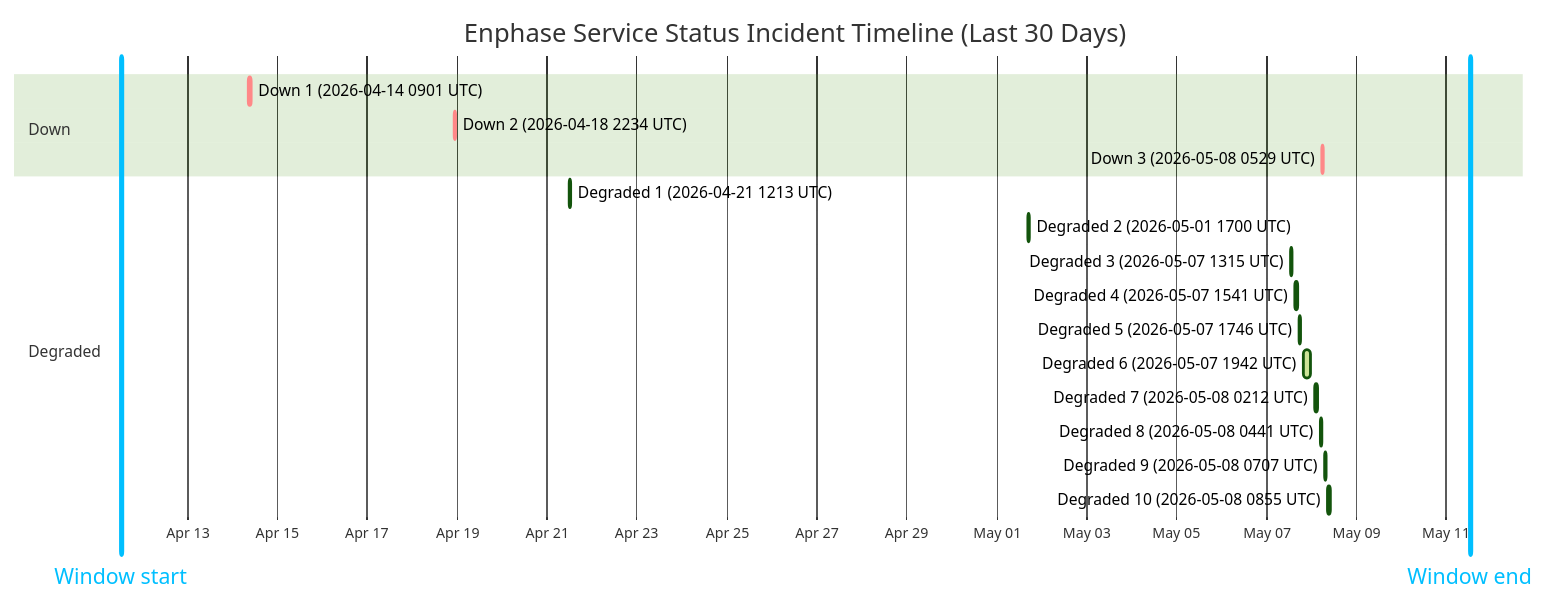
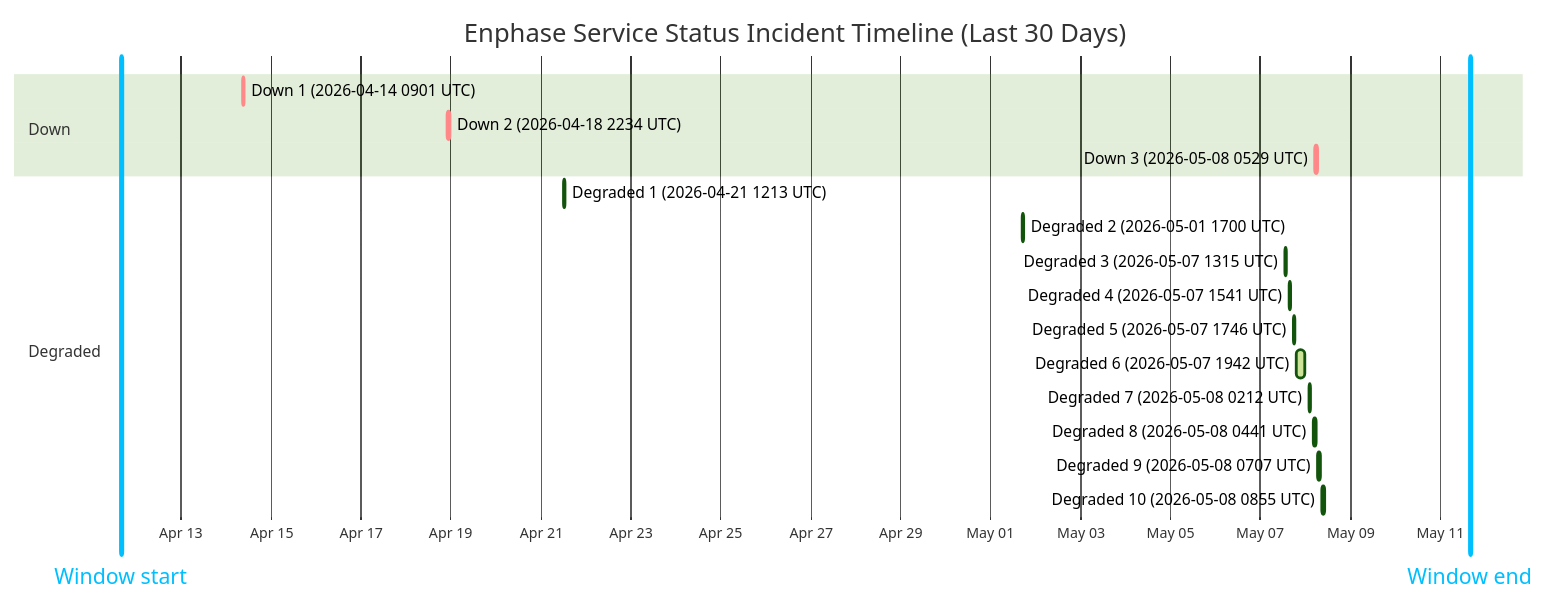
Before and after one commit to barneyonline/ha-enphase-ev-charger: the diagram in wiki/Service-Status-History.md, drawn with Mermaid (forest theme). The commit also changed other lines of this file and 3 other files, not shown here.

````diff
--- a/wiki/Service-Status-History.md
+++ b/wiki/Service-Status-History.md
@@ -14,23 +14,23 @@
 ```mermaid
 gantt
     title Enphase Service Status Incident Timeline (Last 30 Days)
     dateFormat  YYYY-MM-DDTHH:mm:ss
     axisFormat  %b %d
-    Window start :vert, window-start, 2026-04-11T12:38:13, 0ms
-    Window end :vert, window-end, 2026-05-11T12:38:13, 0ms
+    Window start :vert, window-start, 2026-04-11T15:54:30, 0ms
+    Window end :vert, window-end, 2026-05-11T15:54:30, 0ms
     section Down
     Down 1 (2026-04-14 0901 UTC) :crit, down-1, 2026-04-14T09:01:13, 60m
     Down 2 (2026-04-18 2234 UTC) :crit, down-2, 2026-04-18T22:34:13, 60m
     Down 3 (2026-05-08 0529 UTC) :crit, down-3, 2026-05-08T05:29:47, 60m
     section Degraded
     Degraded 1 (2026-04-21 1213 UTC) :active, degraded-1, 2026-04-21T12:13:11, 60m
     Degraded 2 (2026-05-01 1700 UTC) :active, degraded-2, 2026-05-01T17:00:22, 60m
     Degraded 3 (2026-05-07 1315 UTC) :active, degraded-3, 2026-05-07T13:15:25, 60m
     Degraded 4 (2026-05-07 1541 UTC) :active, degraded-4, 2026-05-07T15:41:58, 60m
     Degraded 5 (2026-05-07 1746 UTC) :active, degraded-5, 2026-05-07T17:46:51, 60m
     Degraded 6 (2026-05-07 1942 UTC) :active, degraded-6, 2026-05-07T19:42:10, 249m
     Degraded 7 (2026-05-08 0212 UTC) :active, degraded-7, 2026-05-08T02:12:39, 60m
     Degraded 8 (2026-05-08 0441 UTC) :active, degraded-8, 2026-05-08T04:41:46, 60m
     Degraded 9 (2026-05-08 0707 UTC) :active, degraded-9, 2026-05-08T07:07:30, 60m
     Degraded 10 (2026-05-08 0855 UTC) :active, degraded-10, 2026-05-08T08:55:20, 88m
 ```
````
